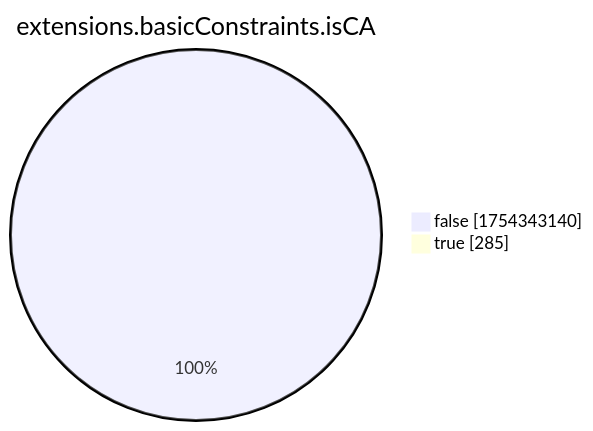
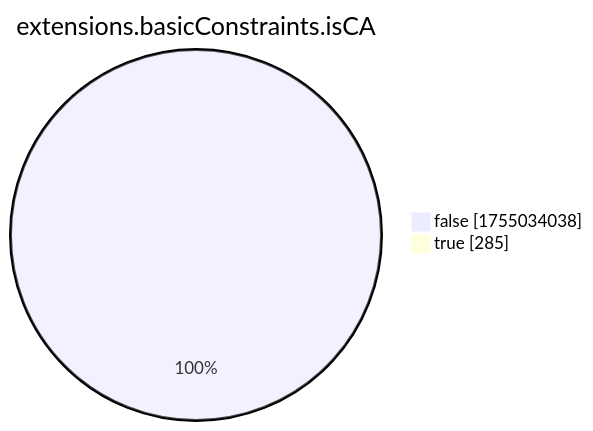
Before and after one commit to christiankrug/ctmonitor_visualization: the eighth of 15 diagrams in xenon2022/README.md, drawn with Mermaid. The commit also changed other lines of this file, not shown here.

````diff
--- a/xenon2022/README.md
+++ b/xenon2022/README.md
@@ -2868,6 +2868,6 @@
 ```mermaid
 pie showData
 title extensions.basicConstraints.isCA
-"false" :1754343140
+"false" :1755034038
 "true" :285
 ```
````
